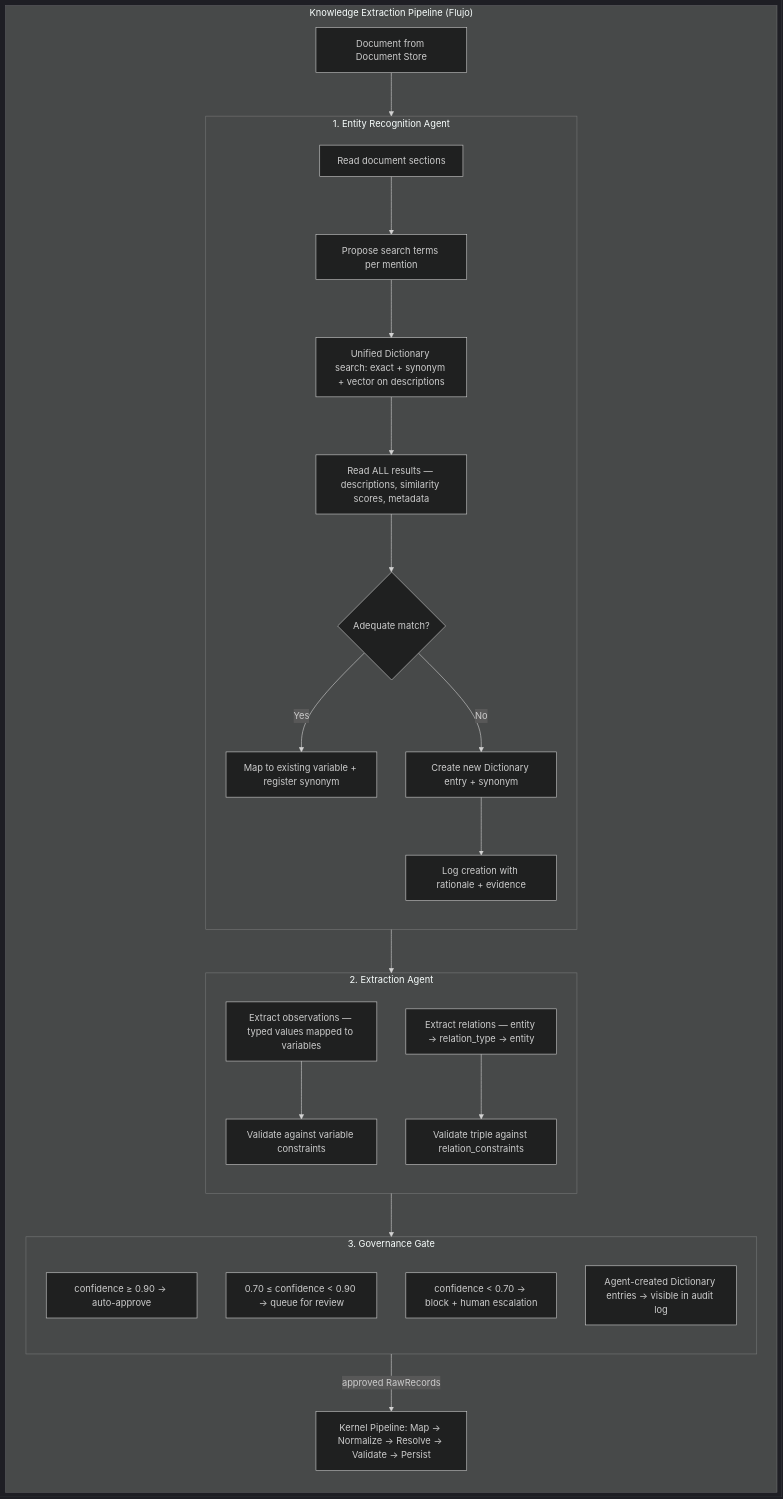
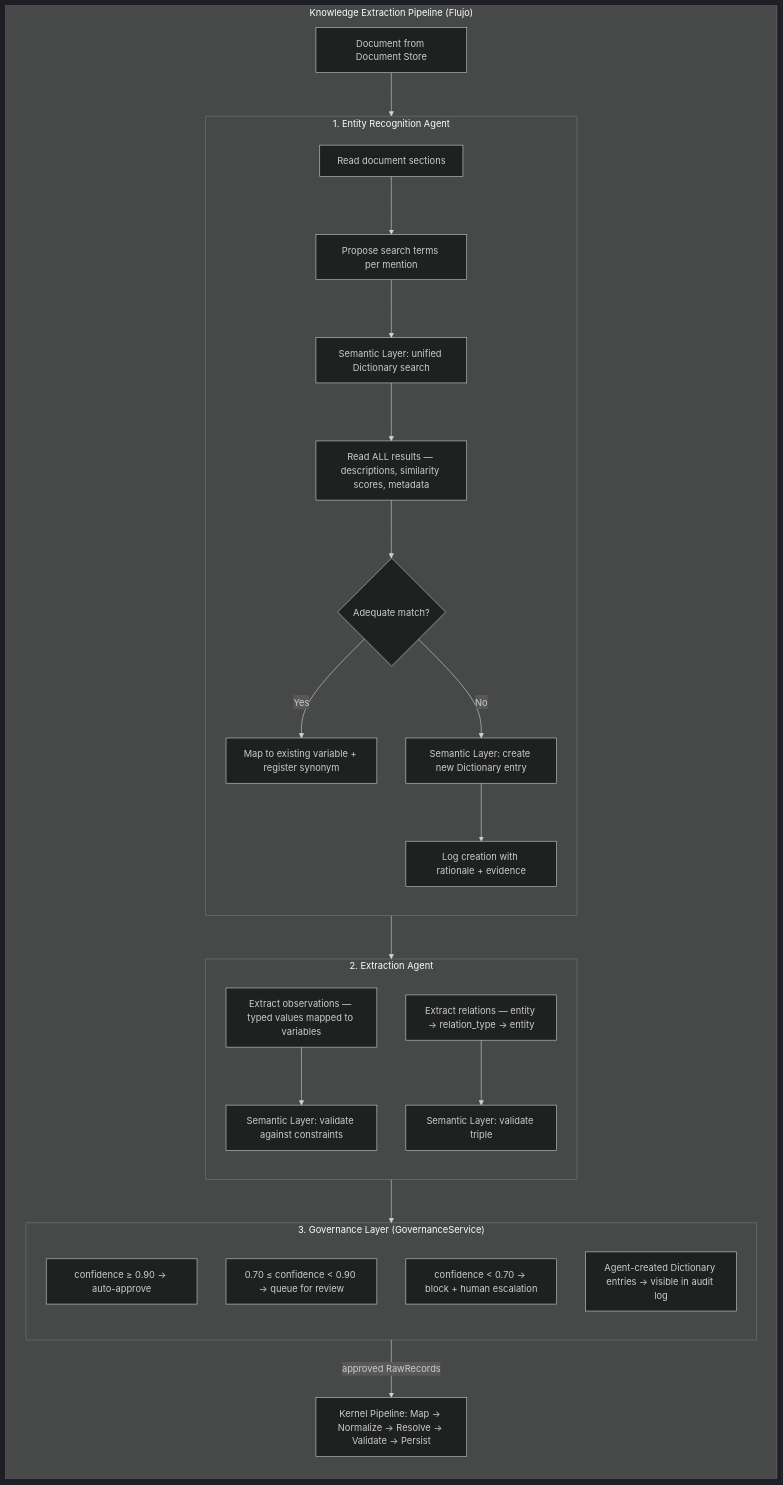
One commit to med13foundation/monorepo changed the third of 5 diagrams in docs/latest_plan_path/datasources_architecture.md. Above: the diagram before and after it, drawn with Mermaid (dark theme). The commit also changed other lines of this file and 37 other files, not shown here.

Commit message:
Review datasources architecture

````diff
--- a/docs/latest_plan_path/datasources_architecture.md
+++ b/docs/latest_plan_path/datasources_architecture.md
@@ -301,41 +540,41 @@
 ```mermaid
 flowchart TB
   subgraph KE["Knowledge Extraction Pipeline (Flujo)"]
     direction TB
 
     DOC_IN[Document from Document Store] --> ERA
 
     subgraph ERA["1. Entity Recognition Agent"]
       direction TB
       ERA_READ[Read document sections] --> ERA_TERMS[Propose search terms per mention]
-      ERA_TERMS --> ERA_SEARCH["Unified Dictionary search: exact + synonym + vector on descriptions"]
+      ERA_TERMS --> ERA_SEARCH["Semantic Layer: unified Dictionary search"]
       ERA_SEARCH --> ERA_EVAL["Read ALL results — descriptions, similarity scores, metadata"]
       ERA_EVAL --> ERA_MATCH{Adequate match?}
       ERA_MATCH -->|Yes| ERA_MAP[Map to existing variable + register synonym]
-      ERA_MATCH -->|No| ERA_CREATE[Create new Dictionary entry + synonym]
+      ERA_MATCH -->|No| ERA_CREATE["Semantic Layer: create new Dictionary entry"]
       ERA_CREATE --> ERA_AUDIT[Log creation with rationale + evidence]
     end
 
     ERA --> EXA
 
     subgraph EXA["2. Extraction Agent"]
       direction TB
       EXA_OBS[Extract observations — typed values mapped to variables]
       EXA_REL[Extract relations — entity → relation_type → entity]
-      EXA_OBS --> EXA_VAL[Validate against variable constraints]
-      EXA_REL --> EXA_TRIPLE[Validate triple against relation_constraints]
+      EXA_OBS --> EXA_VAL["Semantic Layer: validate against constraints"]
+      EXA_REL --> EXA_TRIPLE["Semantic Layer: validate triple"]
     end
 
     EXA --> GOV
 
-    subgraph GOV["3. Governance Gate"]
+    subgraph GOV["3. Governance Layer (GovernanceService)"]
       direction TB
       GOV_HIGH["confidence ≥ 0.90 → auto-approve"]
       GOV_MED["0.70 ≤ confidence < 0.90 → queue for review"]
       GOV_LOW["confidence < 0.70 → block + human escalation"]
       GOV_DICT["Agent-created Dictionary entries → visible in audit log"]
     end
 
     GOV -->|approved RawRecords| KERNEL[Kernel Pipeline: Map → Normalize → Resolve → Validate → Persist]
   end
 ```
````
